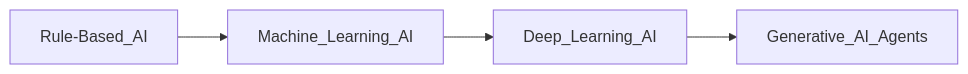
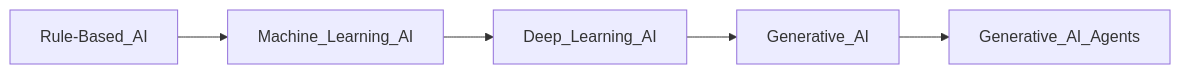
Before and after one commit to FrugalX/ai_agents_ebook_draft: the diagram in Chapter 1 Introduction.md, drawn with Mermaid.

Commit message:
Diagrams

````diff
--- a/Chapter 1 Introduction.md
+++ b/Chapter 1 Introduction.md
@@ -21,6 +21,7 @@
 ```mermaid
 graph LR
     Rule-Based_AI --> Machine_Learning_AI
     Machine_Learning_AI --> Deep_Learning_AI
-    Deep_Learning_AI --> Generative_AI_Agents
+    Deep_Learning_AI --> Generative_AI
+    Generative_AI --> Generative_AI_Agents
 ```
````
